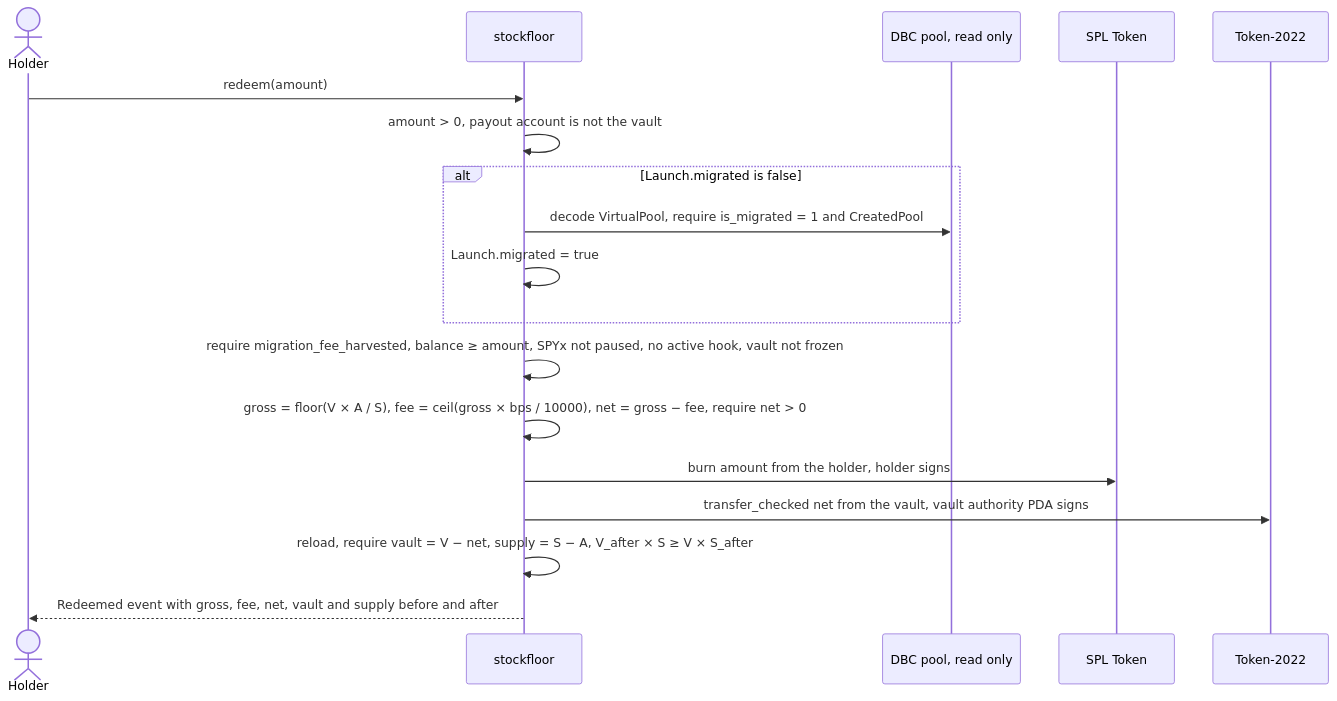
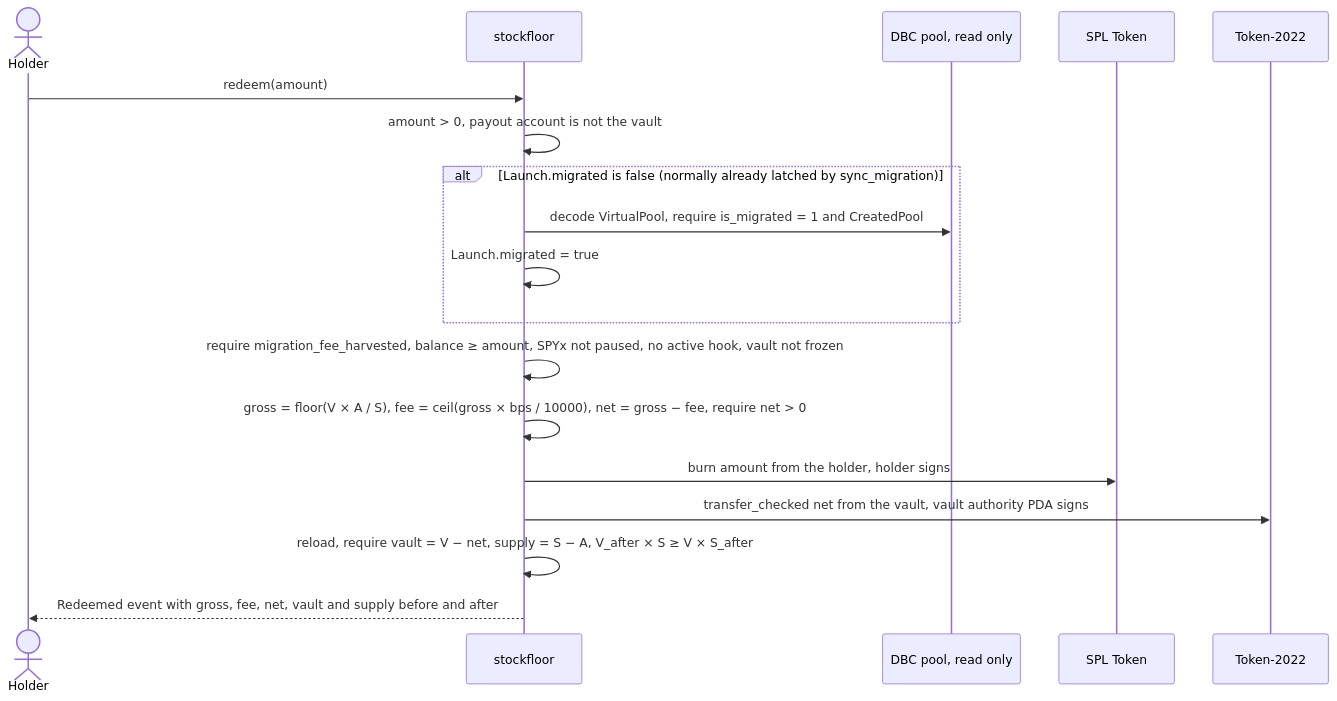
One commit to 0xrke/plinto changed the sixth of 6 diagrams in docs/architecture.md. Above: the diagram before and after it, drawn with Mermaid. The commit also changed other lines of this file and 7 other files, not shown here.

First line of the commit message:
docs: sync_migration, crank LP limits, launch sessions; C2 rehearsal re-run on the new binary

````diff
--- a/docs/architecture.md
+++ b/docs/architecture.md
@@ -256,20 +263,20 @@
 ```mermaid
 sequenceDiagram
   actor Holder
   participant SF as stockfloor
   participant DBC as DBC pool, read only
   participant SPL as SPL Token
   participant T22 as Token-2022
   Holder->>SF: redeem(amount)
   SF->>SF: amount > 0, payout account is not the vault
-  alt Launch.migrated is false
+  alt Launch.migrated is false (normally already latched by sync_migration)
     SF->>DBC: decode VirtualPool, require is_migrated = 1 and CreatedPool
     SF->>SF: Launch.migrated = true
   end
   SF->>SF: require migration_fee_harvested, balance ≥ amount, SPYx not paused, no active hook, vault not frozen
   SF->>SF: gross = floor(V × A / S), fee = ceil(gross × bps / 10000), net = gross − fee, require net > 0
   SF->>SPL: burn amount from the holder, holder signs
   SF->>T22: transfer_checked net from the vault, vault authority PDA signs
   SF->>SF: reload, require vault = V − net, supply = S − A, V_after × S ≥ V × S_after
   SF-->>Holder: Redeemed event with gross, fee, net, vault and supply before and after
 ```
````
